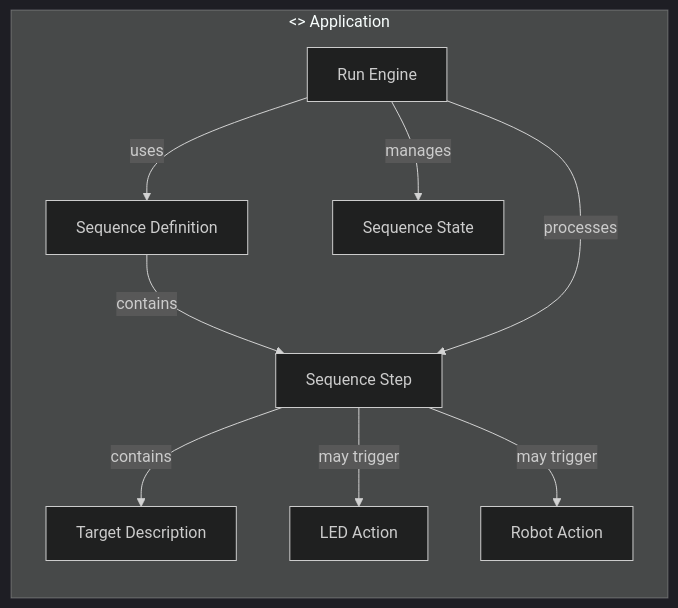
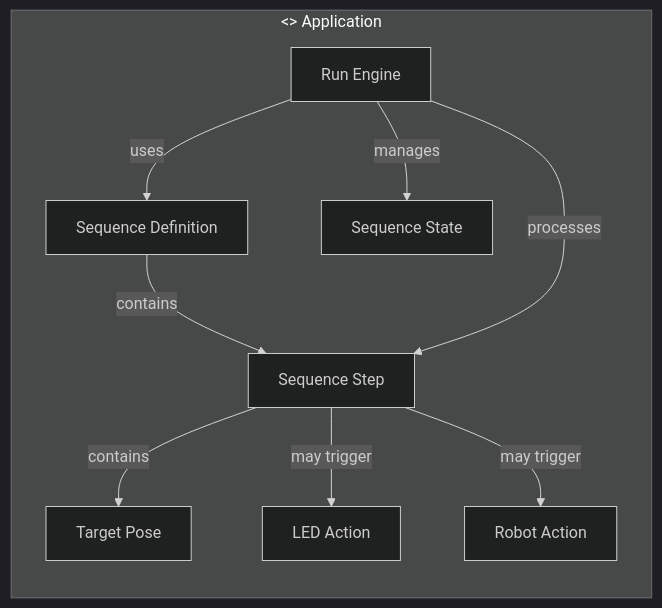
Before and after one commit to butz1999/inverse_kinematik: the second of 7 diagrams in doc/projektbeschreibung.md, drawn with Mermaid (dark theme). The commit also changed other lines of this file and 5 other files, not shown here.

````diff
--- a/doc/projektbeschreibung.md
+++ b/doc/projektbeschreibung.md
@@ -444,20 +452,20 @@
 ```mermaid
 flowchart LR
     subgraph APP["<<component>> Application"]
         A1[Run Engine]
         A2[Sequence Definition]
         A3[Sequence Step]
         A4[Sequence State]
         A5[LED Action]
         A6[Robot Action]
-        A7[Target Description]
+        A7[Target Pose]
 
         A2 -->|contains| A3
         A1 -->|uses| A2
         A1 -->|processes| A3
         A1 -->|manages| A4
         A3 -->|contains| A7
         A3 -->|may trigger| A5
         A3 -->|may trigger| A6
     end
 ```
````
